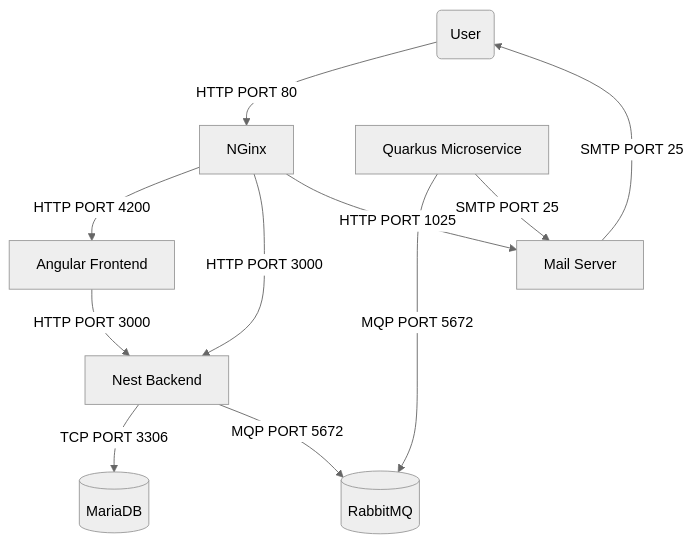
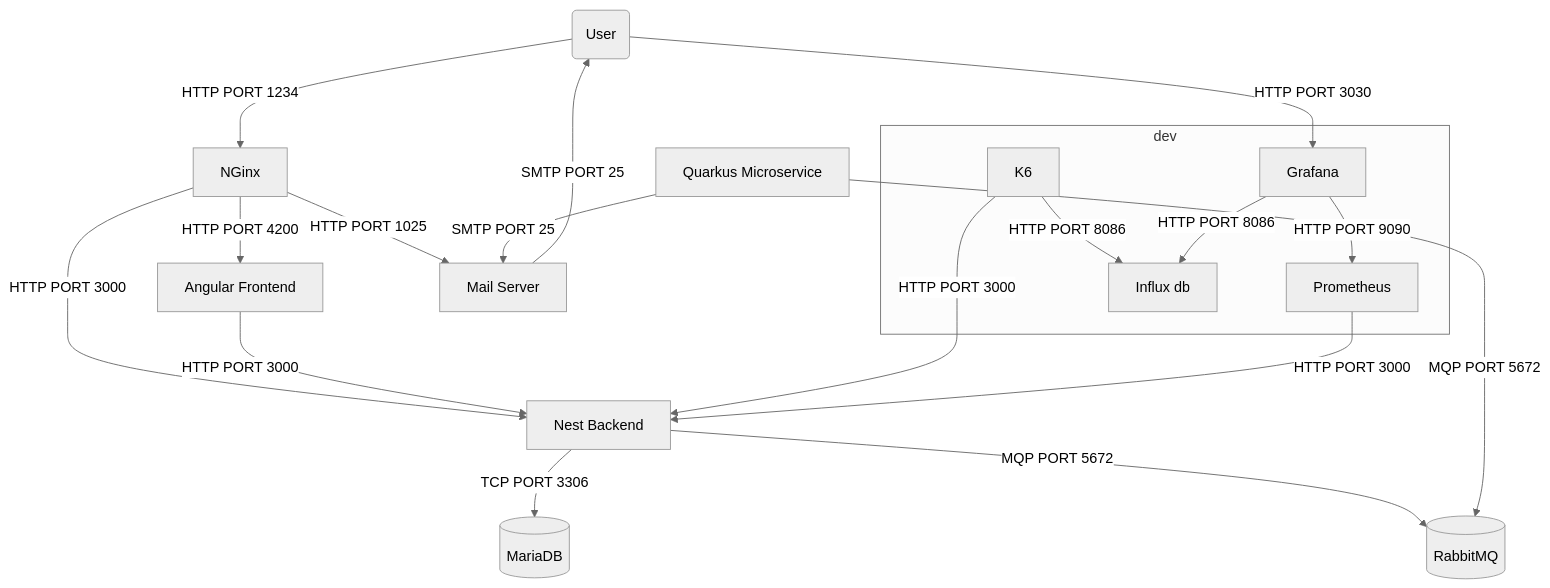
Before and after one commit to Caeles12/projWeb: the diagram in Architecture.md, drawn with Mermaid (neutral theme). The commit also changed other lines of this file, not shown here.

````diff
--- a/Architecture.md
+++ b/Architecture.md
@@ -5,32 +5,46 @@
 ```mermaid
 
 flowchart TB
 
   U(User)
   D[(MariaDB)]
   F[Angular Frontend]
   B[Nest Backend]
   N[NGinx]
   M[(RabbitMQ)]
   Q[Quarkus Microservice]
   Ml[Mail Server]
+  subgraph dev
+  Pm[Prometheus]
+  Gf[Grafana]
+  Id[Influx db]
+  K6[K6]
+  end
 
-  U -->|HTTP PORT 80| N
+  U -->|HTTP PORT 1234| N
   N -->|HTTP PORT 4200| F
   N -->|HTTP PORT 3000| B
   N -->|HTTP PORT 1025| Ml
 
   F -->|HTTP PORT 3000| B
 
 
   B -->|TCP PORT 3306| D
 
   B -->|MQP PORT 5672| M
 
   Q -->|MQP PORT 5672 | M
 
   Q -->|SMTP PORT 25| Ml
 
   Ml -->|SMTP PORT 25| U
 
+  K6 -->|HTTP PORT 3000| B
+  K6 -->|HTTP PORT 8086| Id
+  Gf -->|HTTP PORT 9090| Pm
+  Gf -->|HTTP PORT 8086| Id
+  U --> |HTTP PORT 3030| Gf
+  Pm -->|HTTP PORT 3000| B
+
+
 ```
````
